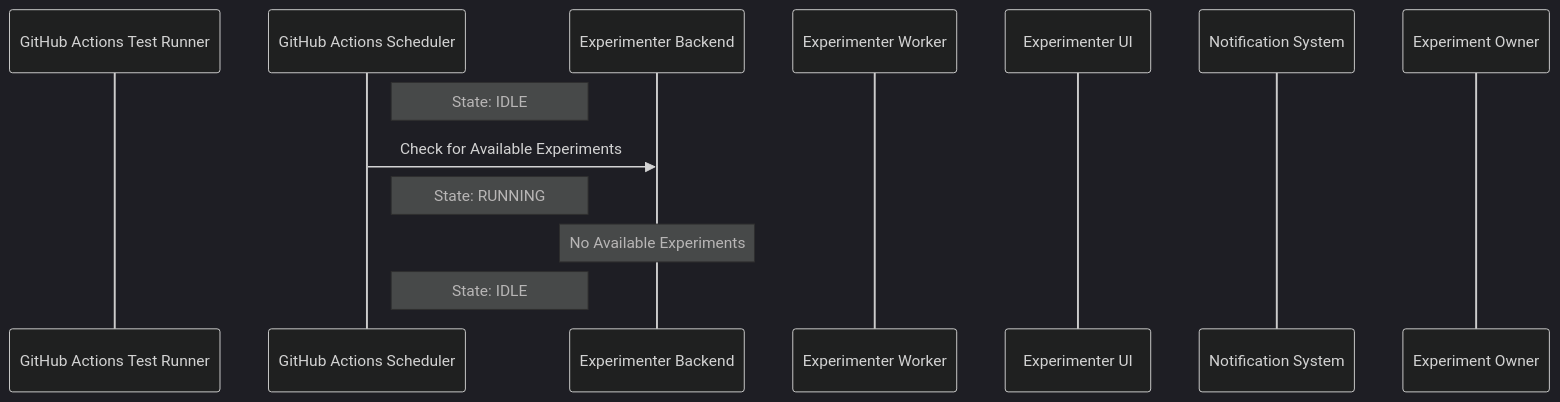
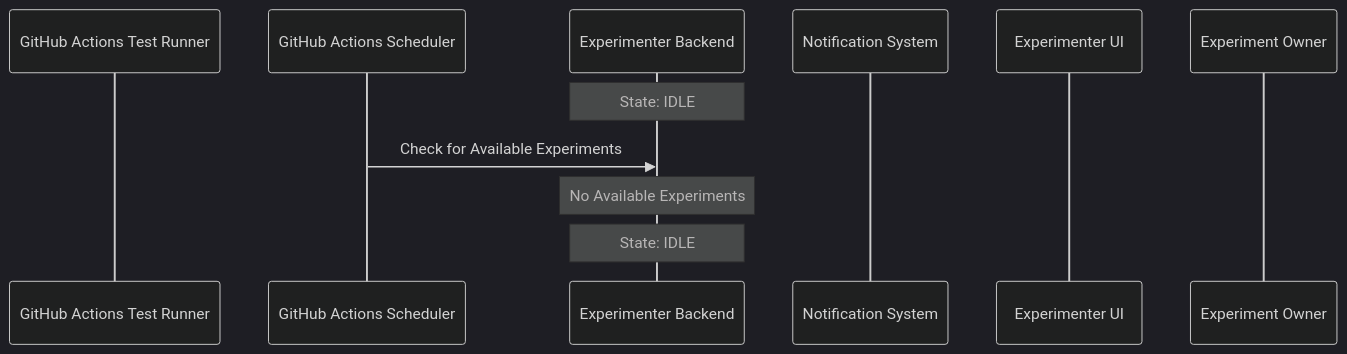
Before and after one commit to mozilla/klaatu: the fourth of 7 diagrams in docs/sequences.md, drawn with Mermaid (dark theme). The commit also changed other lines of this file, not shown here.

Commit message:
Update sequence diagrams after review.

````diff
--- a/docs/sequences.md
+++ b/docs/sequences.md
@@ -85,16 +83,14 @@
 ```mermaid
     sequenceDiagram
         participant GitHub Actions Test Runner
         participant GitHub Actions Scheduler
         participant Experimenter Backend
-        participant Experimenter Worker
+        participant Notification System
         participant Experimenter UI
-        participant Notification System
         participant Experiment Owner
 
-        Note right of GitHub Actions Scheduler: State: IDLE
+        Note over Experimenter Backend: State: IDLE
         GitHub Actions Scheduler ->> Experimenter Backend: Check for Available Experiments
-        Note right of GitHub Actions Scheduler: State: RUNNING
         Note over Experimenter Backend: No Available Experiments
-        Note right of GitHub Actions Scheduler: State: IDLE
+        Note over Experimenter Backend: State: IDLE
 ```
````
